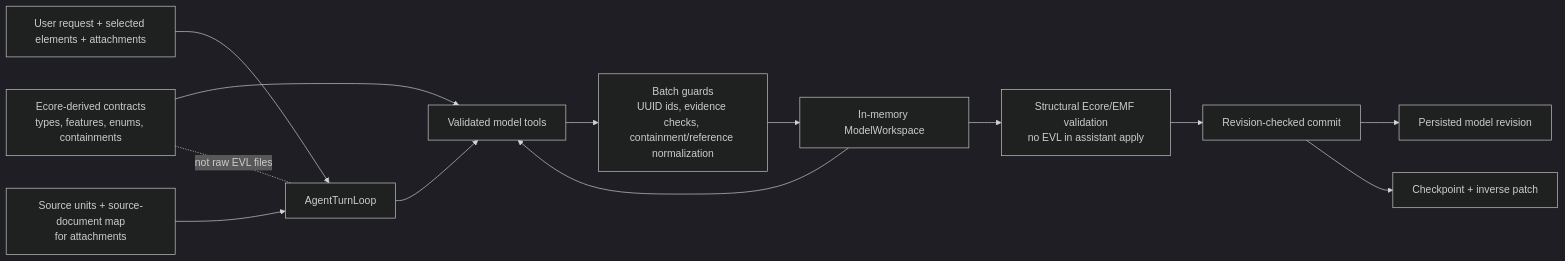
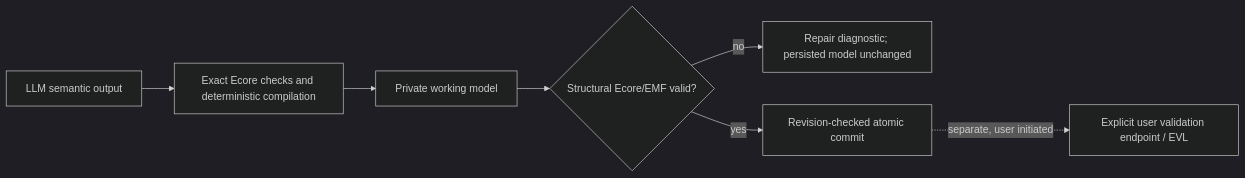
One commit to mehdieidi/modriss changed the third of 3 diagrams in docs/diagrams/14-ai-assistant-architecture.md. Above: the diagram before and after it, drawn with Mermaid (dark theme). The commit also changed other lines of this file and 66 other files, not shown here.

First line of the commit message:
feat(ai): enhance assistant model provider and metamodel generator

````diff
--- a/docs/diagrams/14-ai-assistant-architecture.md
+++ b/docs/diagrams/14-ai-assistant-architecture.md
@@ -79,25 +93,15 @@
 ```mermaid
 flowchart LR
-    user["User request + selected elements + attachments"]
-    contracts["Ecore-derived contracts<br/>types, features, enums, containments"]
-    source["Source units + source-document map<br/>for attachments"]
-    workspace["In-memory ModelWorkspace"]
-    agent["AgentTurnLoop"]
-    tools["Validated model tools"]
-    guards["Batch guards<br/>UUID ids, evidence checks, containment/reference normalization"]
-    validate["Structural Ecore/EMF validation<br/>no EVL in assistant apply"]
-    commit["Revision-checked commit"]
-    checkpoint["Checkpoint + inverse patch"]
-    storage["Persisted model revision"]
+    output["LLM semantic output"]
+    compile["Exact Ecore checks and deterministic compilation"]
+    private["Private working model"]
+    structural{"Structural Ecore/EMF valid?"}
+    diagnostic["Repair diagnostic; persisted model unchanged"]
+    atomic["Revision-checked atomic commit"]
+    evl["Explicit user validation endpoint / EVL"]
 
-    user --> agent
-    source --> agent
-    contracts --> tools
-    workspace --> tools
-    agent --> tools
-    tools --> guards --> workspace
-    workspace --> validate
-    validate --> commit --> storage
-    commit --> checkpoint
-    contracts -. "not raw EVL files" .- agent
+    output --> compile --> private --> structural
+    structural -- no --> diagnostic
+    structural -- yes --> atomic
+    atomic -. "separate, user initiated" .-> evl
 ```
````
